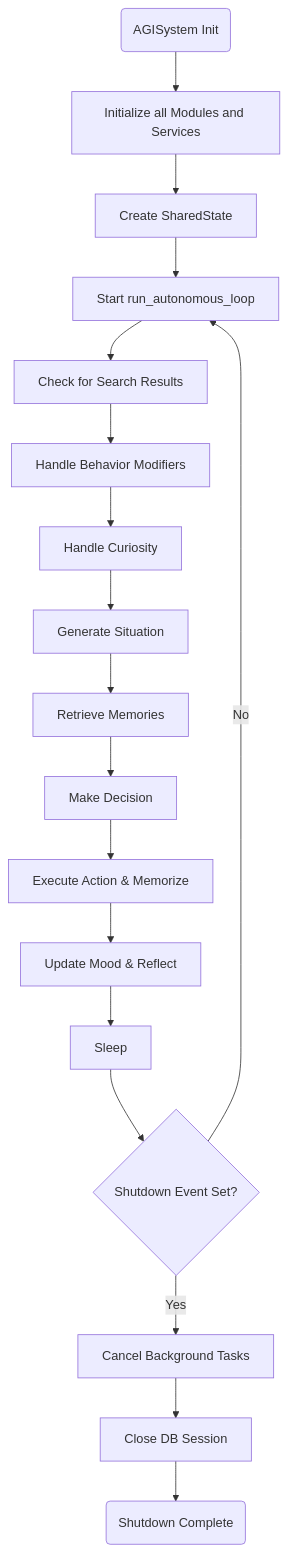
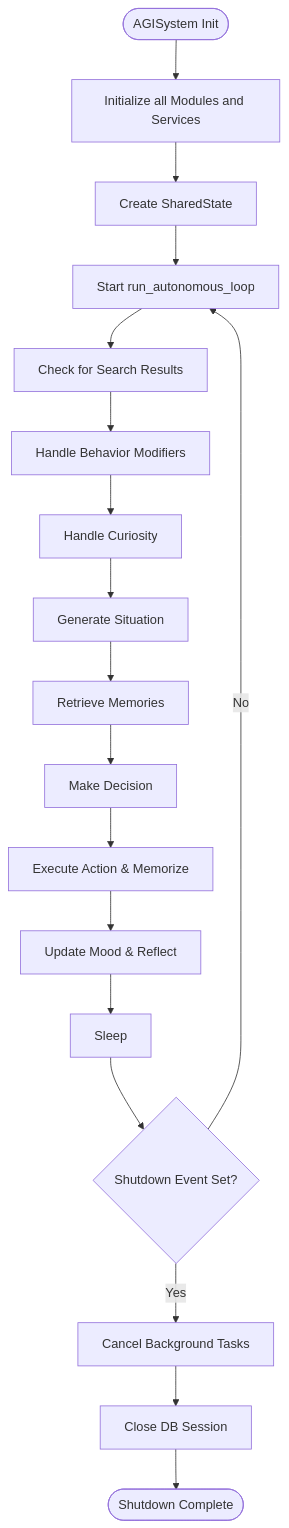
Before and after one commit to Likhithsai2580/RAVANA-WIKI: the third of 3 diagrams in docs/API Reference/Module-Specific APIs.md, drawn with Mermaid. The commit also changed other lines of this file and 78 other files, not shown here.

````diff
--- a/docs/API Reference/Module-Specific APIs.md
+++ b/docs/API Reference/Module-Specific APIs.md
@@ -299,21 +297,20 @@
 ```mermaid
 flowchart TD
-Start("AGISystem Init") --> InitModules["Initialize all Modules and Services"]
+Start([AGISystem Init]) --> InitModules["Initialize all Modules and Services"]
 InitModules --> CreateState["Create SharedState"]
 CreateState --> StartLoop["Start run_autonomous_loop"]
 StartLoop --> CheckSearch["Check for Search Results"]
 CheckSearch --> HandleModifiers["Handle Behavior Modifiers"]
 HandleModifiers --> HandleCuriosity["Handle Curiosity"]
 HandleCuriosity --> GenerateSituation["Generate Situation"]
 GenerateSituation --> RetrieveMemories["Retrieve Memories"]
 RetrieveMemories --> MakeDecision["Make Decision"]
 MakeDecision --> ExecuteAction["Execute Action & Memorize"]
 ExecuteAction --> UpdateMood["Update Mood & Reflect"]
 UpdateMood --> Sleep["Sleep"]
 Sleep --> CheckShutdown{"Shutdown Event Set?"}
 CheckShutdown --> |No| StartLoop
 CheckShutdown --> |Yes| CancelTasks["Cancel Background Tasks"]
 CancelTasks --> CloseSession["Close DB Session"]
-CloseSession --> End("Shutdown Complete")
-
+CloseSession --> End([Shutdown Complete])
 ```
````
